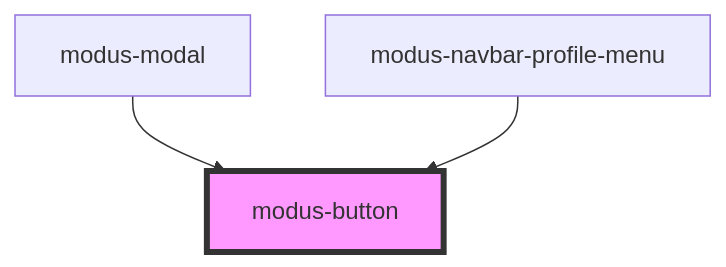
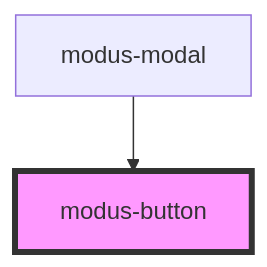
Before and after one commit to trimble-oss/modus-web-components: the diagram in stencil-workspace/src/components/modus-button/readme.md, drawn with Mermaid. The commit also changed other lines of this file and 14 other files, not shown here.

Commit message:
Update Profile Menu's UX

````diff
--- a/stencil-workspace/src/components/modus-button/readme.md
+++ b/stencil-workspace/src/components/modus-button/readme.md
@@ -34,6 +33,5 @@
 ```mermaid
 graph TD;
   modus-modal --> modus-button
-  modus-navbar-profile-menu --> modus-button
   style modus-button fill:#f9f,stroke:#333,stroke-width:4px
 ```
````
